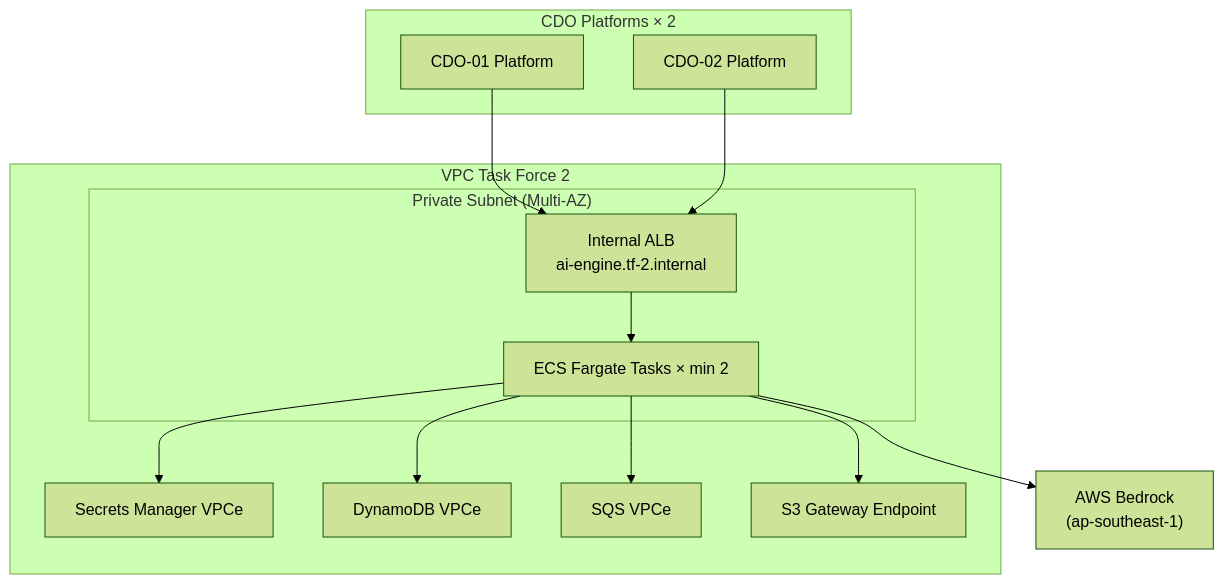
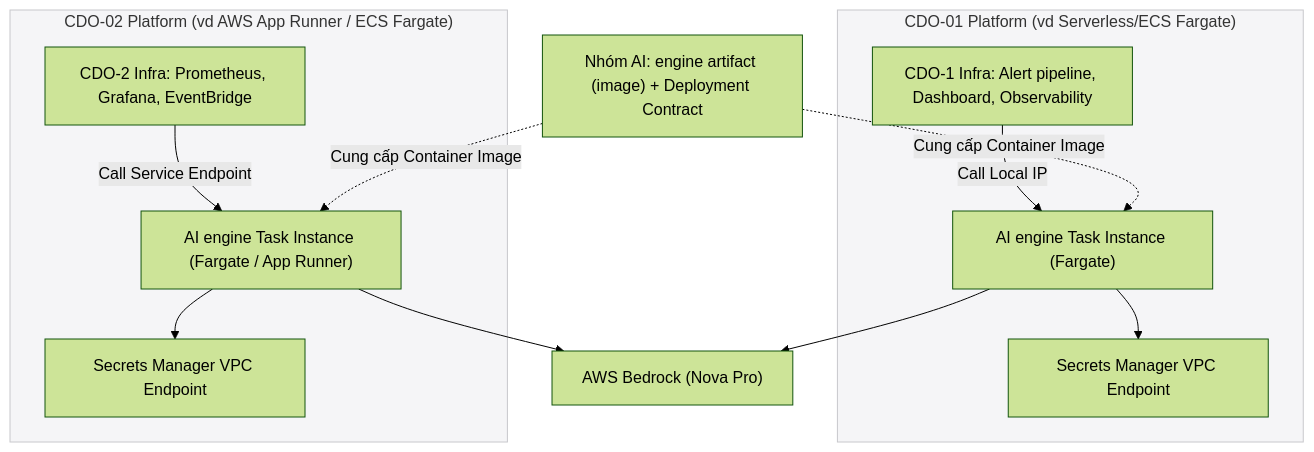
The diagram in docs/contracts/deployment-contract.md (hungxqt/tf2-finops-docs), drawn with Mermaid (forest theme) before and after one commit. The commit also changed other lines of this file and 23 other files, not shown here.

````diff
--- a/docs/contracts/deployment-contract.md
+++ b/docs/contracts/deployment-contract.md
@@ -125,27 +109,26 @@
 ```mermaid
 graph TB
-    subgraph "VPC Task Force 2"
-        subgraph "Private Subnet (Multi-AZ)"
-            ALB["Internal ALB<br/>ai-engine.tf-2.internal"]
-            ECS["ECS Fargate Tasks × min 2"]
-            ALB --> ECS
-        end
-        SM["Secrets Manager VPCe"]
-        DDB["DynamoDB VPCe"]
-        SQS_E["SQS VPCe"]
-        S3_E["S3 Gateway Endpoint"]
-        ECS --> SM
-        ECS --> DDB
-        ECS --> SQS_E
-        ECS --> S3_E
+    AIO["Nhóm AI: engine artifact (image) + Deployment Contract"]
+    
+    subgraph CDO_1["CDO-01 Platform (vd Serverless/ECS Fargate)"]
+        E1["AI engine Task Instance (Fargate)"]
+        I1["CDO-1 Infra: Alert pipeline, Dashboard, Observability"]
+        I1 -->|Call Local IP| E1
+        E1 --> SM1["Secrets Manager VPC Endpoint"]
     end
-    Bedrock["AWS Bedrock<br/>(ap-southeast-1)"]
-    ECS --> Bedrock
-
-    subgraph "CDO Platforms × 2"
-        CDO1["CDO-01 Platform"]
-        CDO2["CDO-02 Platform"]
+    
+    subgraph CDO_2["CDO-02 Platform (vd AWS App Runner / ECS Fargate)"]
+        E2["AI engine Task Instance (Fargate / App Runner)"]
+        I2["CDO-2 Infra: Prometheus, Grafana, EventBridge"]
+        I2 -->|Call Service Endpoint| E2
+        E2 --> SM2["Secrets Manager VPC Endpoint"]
     end
-    CDO1 --> ALB
-    CDO2 --> ALB
-  ```
+    
+    AIO -. Cung cấp Container Image .-> E1
+    AIO -. Cung cấp Container Image .-> E2
+    E1 --> Bedrock["AWS Bedrock (Nova Pro)"]
+    E2 --> Bedrock["AWS Bedrock (Nova Pro)"]
+    
+    classDef platform fill:#f5f5f7,stroke:#c8c8cc,stroke-width:1px;
+    class CDO_1,CDO_2 platform;
+```
````
